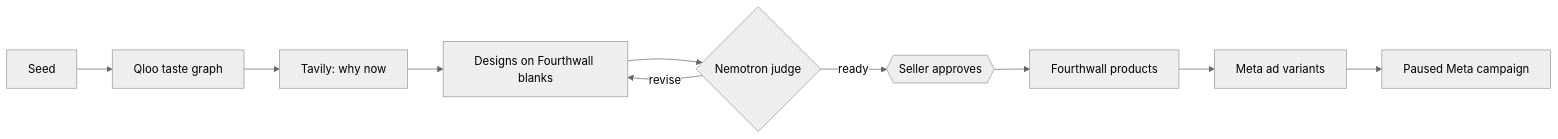
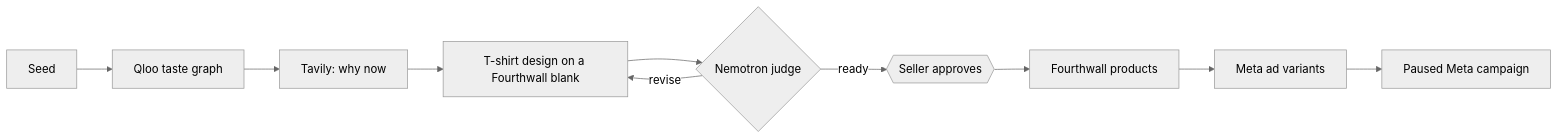
One commit to sami-m-g/wovain changed the diagram in docs/scope.md. Above: the diagram before and after it, drawn with Mermaid (neutral theme). The commit also changed other lines of this file and 40 other files, not shown here.

````diff
--- a/docs/scope.md
+++ b/docs/scope.md
@@ -24,12 +24,12 @@
 ```mermaid
 flowchart LR
   S[Seed] --> Q[Qloo taste graph]
   Q --> T[Tavily: why now]
-  T --> D[Designs on Fourthwall blanks]
+  T --> D[T-shirt design on a Fourthwall blank]
   D --> J{Nemotron judge}
   J -- revise --> D
   J -- ready --> A{{Seller approves}}
   A --> P[Fourthwall products]
   P --> V[Meta ad variants]
   V --> C[Paused Meta campaign]
 ```
````
